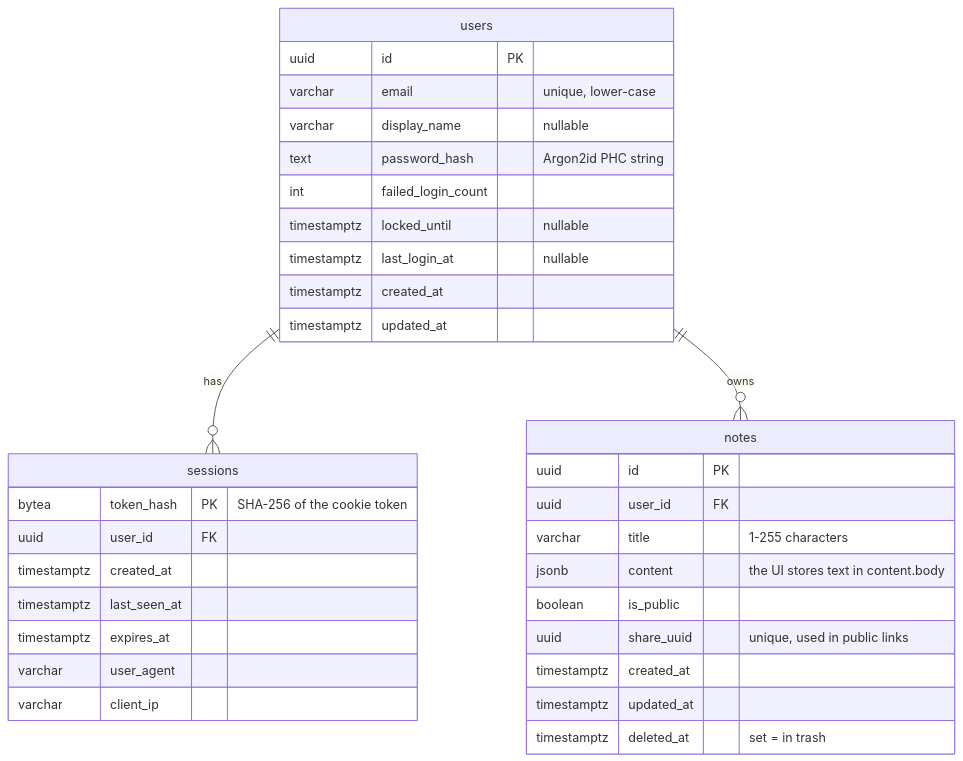
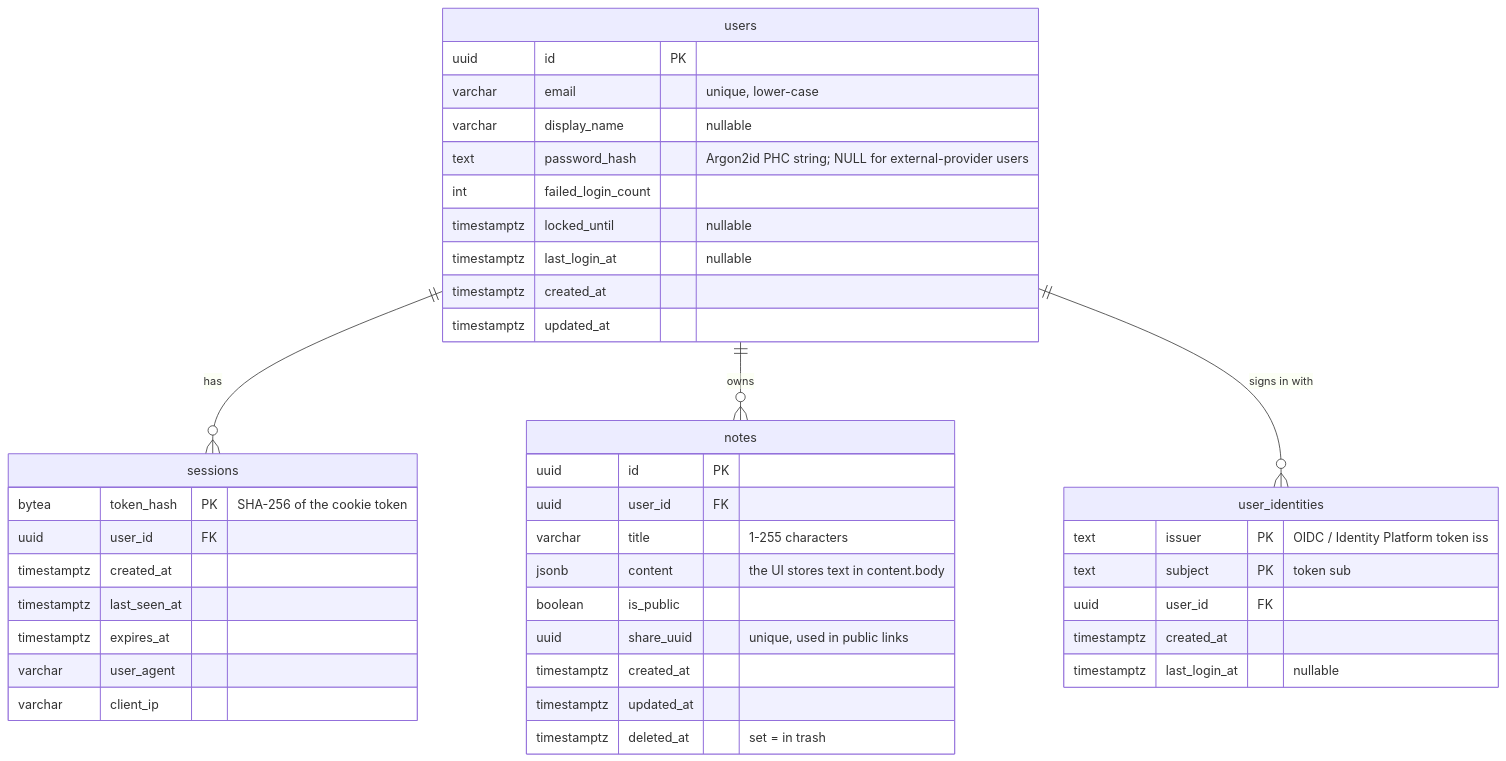
Before and after one commit to dumi-turcanu/cloud-notes: the third of 5 diagrams in docs/architecture.md, drawn with Mermaid. The commit also changed other lines of this file and 9 other files, not shown here.

````diff
--- a/docs/architecture.md
+++ b/docs/architecture.md
@@ -88,37 +98,45 @@
 ```mermaid
 erDiagram
     users ||--o{ sessions : "has"
     users ||--o{ notes : "owns"
+    users ||--o{ user_identities : "signs in with"
 
     users {
         uuid id PK
         varchar email "unique, lower-case"
         varchar display_name "nullable"
-        text password_hash "Argon2id PHC string"
+        text password_hash "Argon2id PHC string; NULL for external-provider users"
         int failed_login_count
         timestamptz locked_until "nullable"
         timestamptz last_login_at "nullable"
         timestamptz created_at
         timestamptz updated_at
+    }
+    user_identities {
+        text issuer PK "OIDC / Identity Platform token iss"
+        text subject PK "token sub"
+        uuid user_id FK
+        timestamptz created_at
+        timestamptz last_login_at "nullable"
     }
     sessions {
         bytea token_hash PK "SHA-256 of the cookie token"
         uuid user_id FK
         timestamptz created_at
         timestamptz last_seen_at
         timestamptz expires_at
         varchar user_agent
         varchar client_ip
     }
     notes {
         uuid id PK
         uuid user_id FK
         varchar title "1-255 characters"
         jsonb content "the UI stores text in content.body"
         boolean is_public
         uuid share_uuid "unique, used in public links"
         timestamptz created_at
         timestamptz updated_at
         timestamptz deleted_at "set = in trash"
     }
 ```
````
